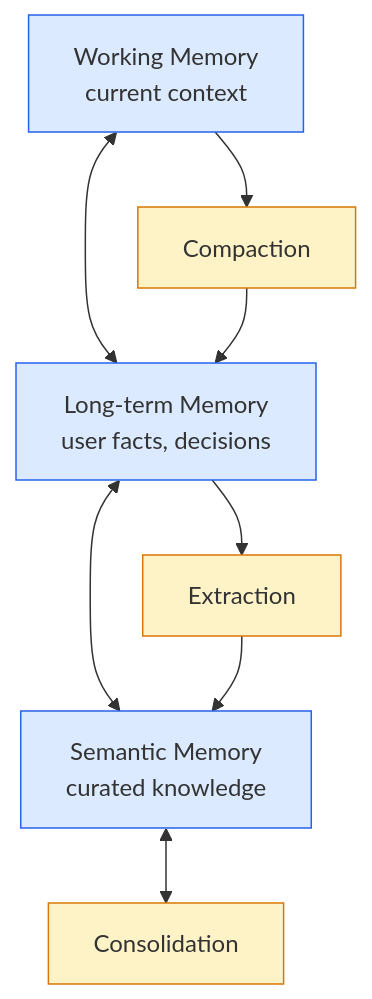
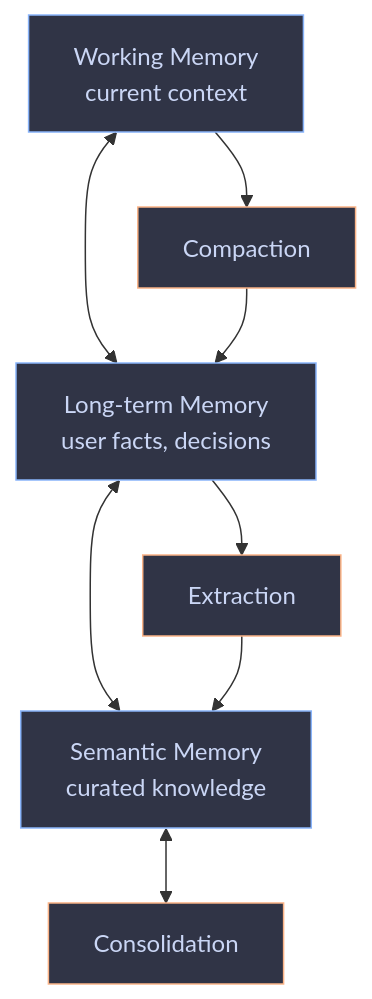
One commit to q15co/slides changed the fifth of 5 diagrams in slides.md. Above: the diagram before and after it, drawn with Mermaid. The commit also changed other lines of this file and 16 other files, not shown here.

````diff
--- a/slides.md
+++ b/slides.md
@@ -482,15 +525,15 @@
 ```mermaid {scale: 0.55}
 flowchart TB
     SHORT[Working Memory<br/>current context] <--> LONG[Long-term Memory<br/>user facts, decisions]
     LONG <--> SEM[Semantic Memory<br/>curated knowledge]
     SHORT --> COMP[Compaction]
     COMP --> LONG
     LONG --> EXTRACT[Extraction]
     EXTRACT --> SEM
     SEM <--> CONS[Consolidation]
 
-    classDef mem fill:#dbeafe,stroke:#2563eb
-    classDef cog fill:#fef3c7,stroke:#d97706
+    classDef mem fill:#303446,stroke:#89b4fa,color:#cad6f5
+    classDef cog fill:#303446,stroke:#fab387,color:#cad6f5
     class SHORT,LONG,SEM mem
     class COMP,EXTRACT,CONS cog
 ```
````
